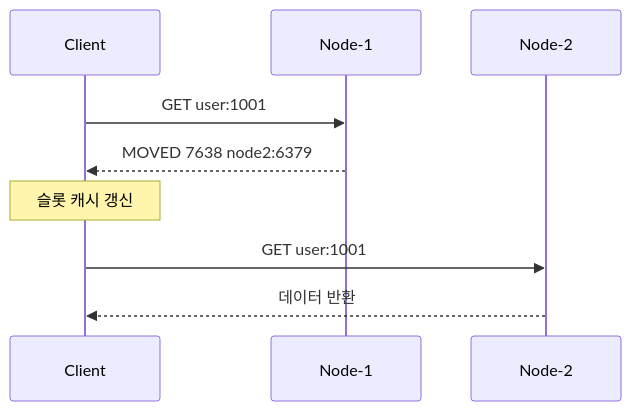
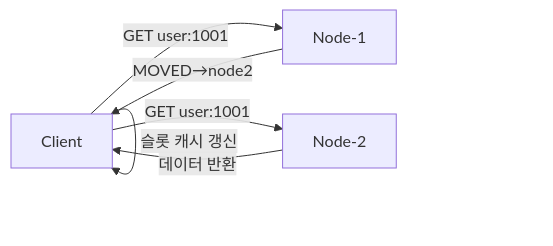
One commit to yjkim2015/yjkim2015.github.io changed the fifth of 6 diagrams in _posts/redis/2026-05-11-redis-modes.md. Above: the diagram before and after it, drawn with Mermaid. The commit also changed other lines of this file and 84 other files, not shown here.

First line of the commit message:
85개 포스트 Mermaid 다이어그램 규칙 일괄 수정

````diff
--- a/_posts/redis/2026-05-11-redis-modes.md
+++ b/_posts/redis/2026-05-11-redis-modes.md
@@ -246,11 +241,8 @@
 ```mermaid
-sequenceDiagram
-    participant C as Client
-    participant N1 as Node-1
-    participant N2 as Node-2
-    C->>N1: GET user:1001
-    N1-->>C: MOVED 7638 node2:6379
-    Note over C: 슬롯 캐시 갱신
-    C->>N2: GET user:1001
-    N2-->>C: 데이터 반환
+graph LR
+    C["Client"] -->|"GET user:1001"| N1["Node-1"]
+    N1 -->|"MOVED→node2"| C
+    C -->|"슬롯 캐시 갱신"| C
+    C -->|"GET user:1001"| N2["Node-2"]
+    N2 -->|"데이터 반환"| C
 ```
````
